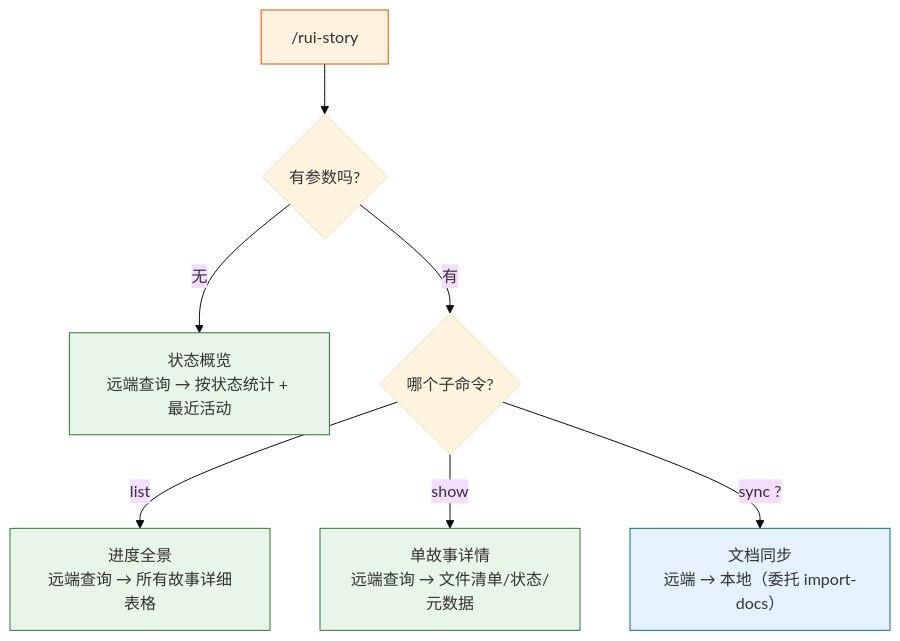
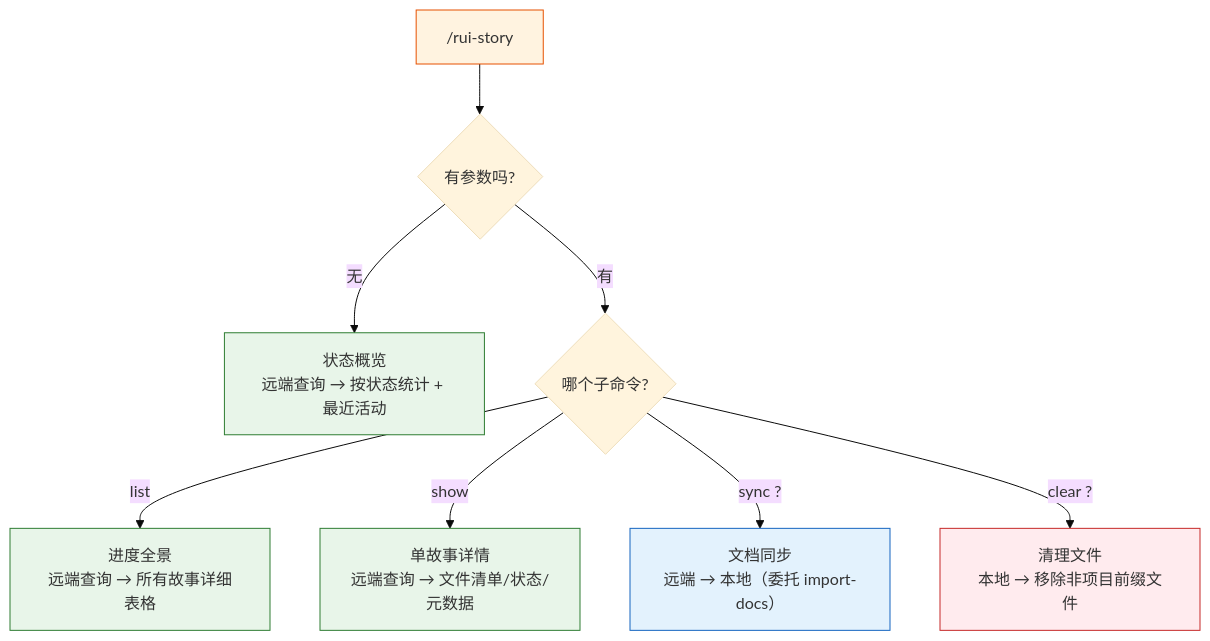
One commit to effiy/YrY changed the first of 12 diagrams in skills/rui-story/SKILL.md. Above: the diagram before and after it, drawn with Mermaid (base theme). The commit also changed other lines of this file and 28 other files, not shown here.

````diff
--- a/skills/rui-story/SKILL.md
+++ b/skills/rui-story/SKILL.md
@@ -18,13 +18,15 @@
 ```mermaid
 flowchart TD
     ENTRY["/rui-story"]:::entry --> Q1{"有参数吗?"}
     Q1 -->|"无"| OVERVIEW["状态概览<br/>远端查询 → 按状态统计 + 最近活动"]:::read
     Q1 -->|"有"| Q2{"哪个子命令?"}
     Q2 -->|"list"| LIST["进度全景<br/>远端查询 → 所有故事详细表格"]:::read
     Q2 -->|"show <name>"| SHOW["单故事详情<br/>远端查询 → 文件清单/状态/元数据"]:::read
     Q2 -->|"sync <name>?"| SYNC["文档同步<br/>远端 → 本地（委托 import-docs）"]:::write
+    Q2 -->|"clear <name>?"| CLEAR["清理文件<br/>本地 → 移除非项目前缀文件"]:::danger
 
     classDef entry fill:#fff3e0,stroke:#e65100;
     classDef read fill:#e8f5e9,stroke:#2e7d32;
     classDef write fill:#e3f2fd,stroke:#1565c0;
+    classDef danger fill:#ffebee,stroke:#c62828;
 ```
````
